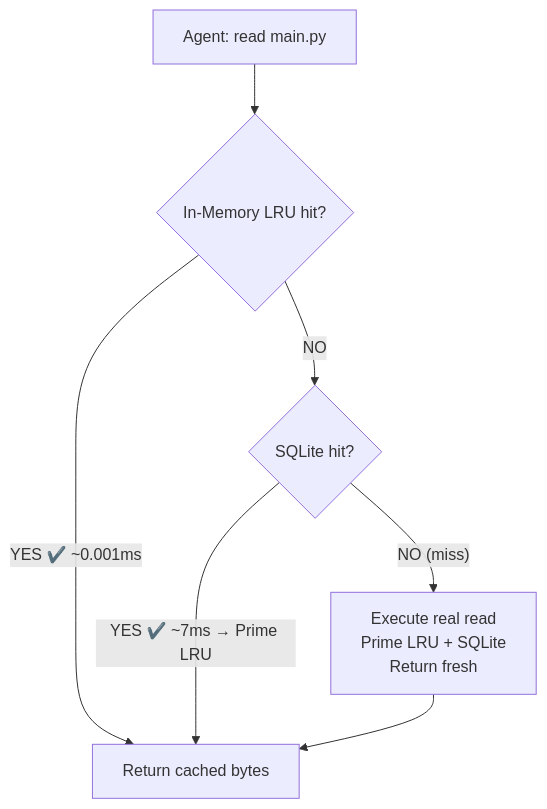
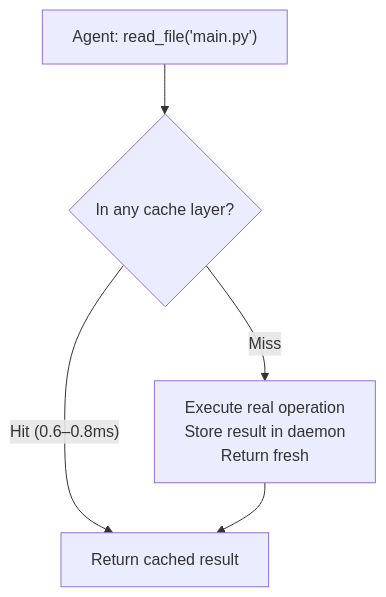
Before and after one commit to whiskybeer/toolrecall: the diagram in docs/HOW_IT_WORKS.md, drawn with Mermaid. The commit also changed other lines of this file, not shown here.

````diff
--- a/docs/HOW_IT_WORKS.md
+++ b/docs/HOW_IT_WORKS.md
@@ -43,16 +74,12 @@
 ```mermaid
 flowchart TD
-    Agent["Agent: read main.py"]
-    LRU{"In-Memory LRU hit?"}
-    SQL{"SQLite hit?"}
-    Fresh["Execute real read<br/>Prime LRU + SQLite<br/>Return fresh"]
-    Return["Return cached bytes"]
+    Agent["Agent: read_file('main.py')"]
+    CacheCheck{"In any cache layer?"}
+    Execute["Execute real operation<br/>Store result in daemon<br/>Return fresh"]
+    Return["Return cached result"]
 
-    Agent --> LRU
-    LRU -- "YES ✔️ ~0.001ms" --> Return
-    LRU -- "NO" --> SQL
-    SQL -- "YES ✔️ ~7ms → Prime LRU" --> Return
-    SQL -- "NO (miss)" --> Fresh
-    Fresh --> Return
-
+    Agent --> CacheCheck
+    CacheCheck -- "Hit (0.6–0.8ms)" --> Return
+    CacheCheck -- "Miss" --> Execute
+    Execute --> Return
 ```
````
